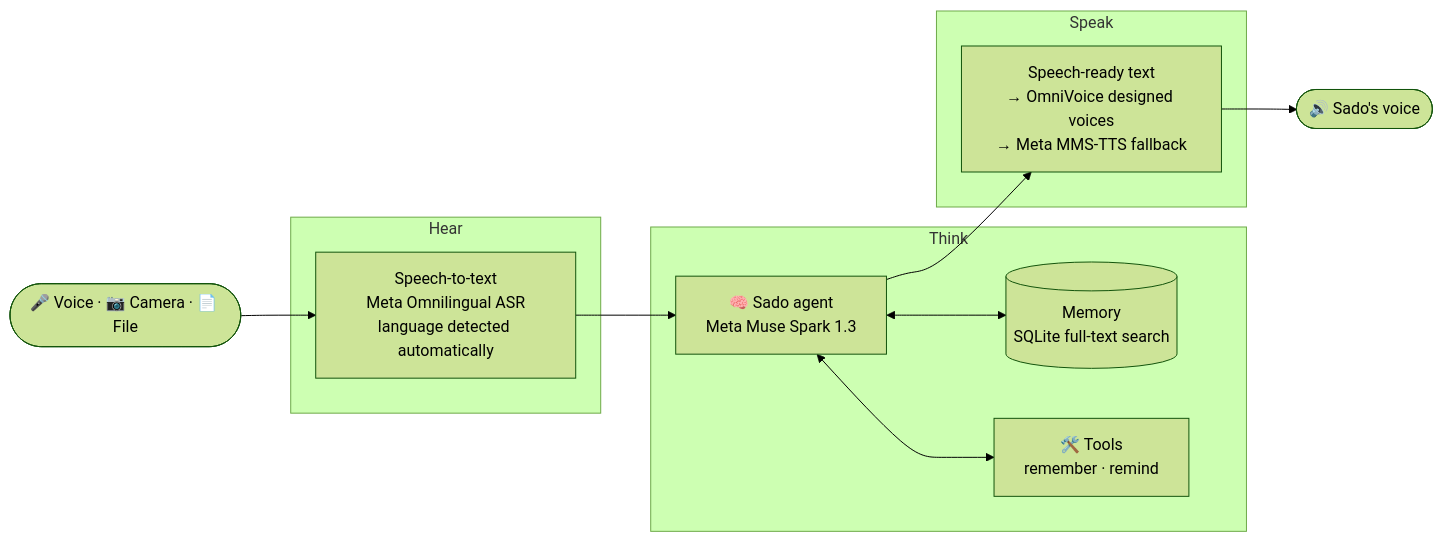
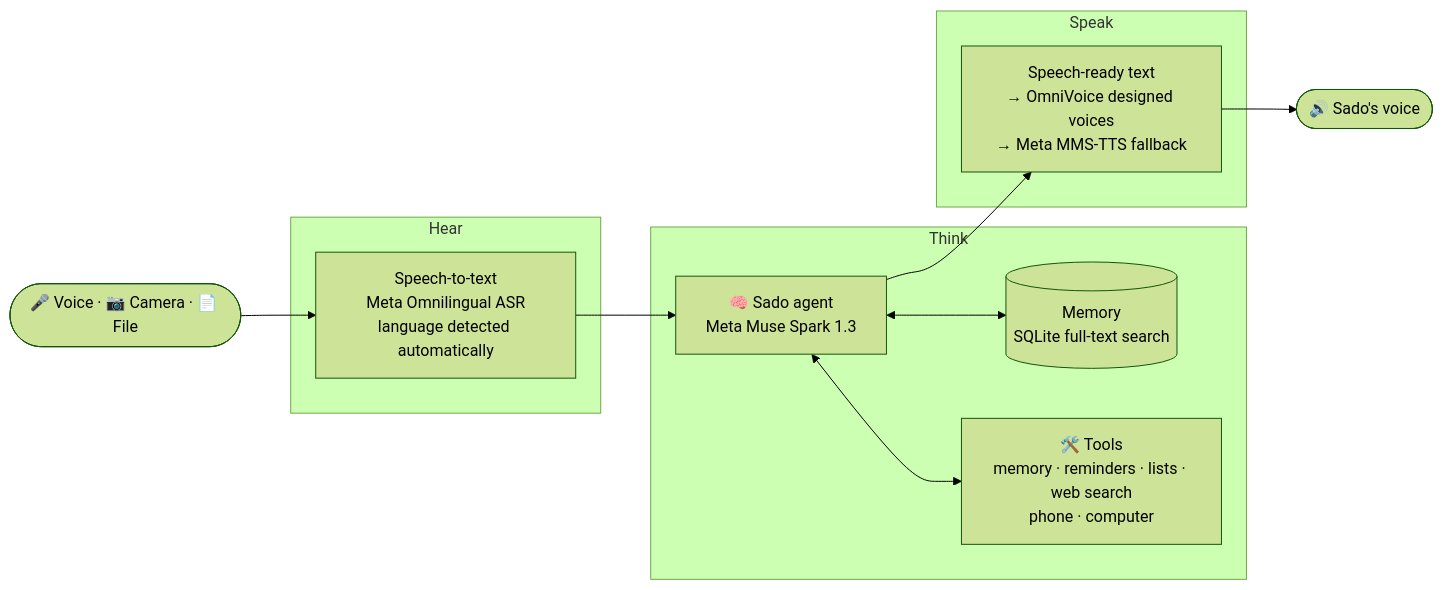
Before and after one commit to Bek1308/Sado: the diagram in README.md, drawn with Mermaid (forest theme). The commit also changed other lines of this file and 2 other files, not shown here.

````diff
--- a/README.md
+++ b/README.md
@@ -93,18 +123,18 @@
 ```mermaid
 flowchart LR
     U([🎤 Voice · 📷 Camera · 📄 File]) --> STT
     subgraph Hear
       STT[Speech-to-text<br/>Meta Omnilingual ASR<br/>language detected automatically]
     end
     STT --> B
     subgraph Think
       B[🧠 Sado agent<br/>Meta Muse Spark 1.3]
       B <--> M[(Memory<br/>SQLite full-text search)]
-      B <--> T[🛠️ Tools<br/>remember · remind]
+      B <--> T[🛠️ Tools<br/>memory · reminders · lists · web search<br/>phone · computer]
     end
     B --> TTS
     subgraph Speak
       TTS[Speech-ready text<br/>→ OmniVoice designed voices<br/>→ Meta MMS-TTS fallback]
     end
     TTS --> O([🔊 Sado's voice])
 ```
````
